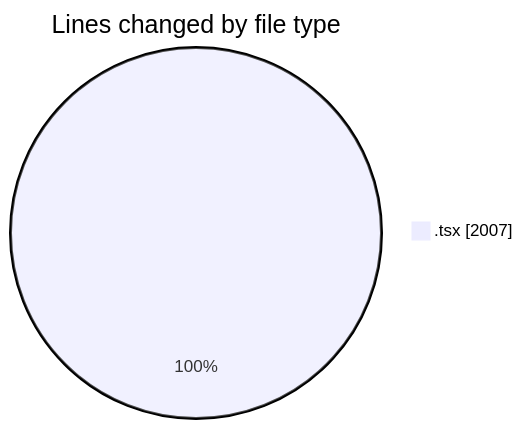
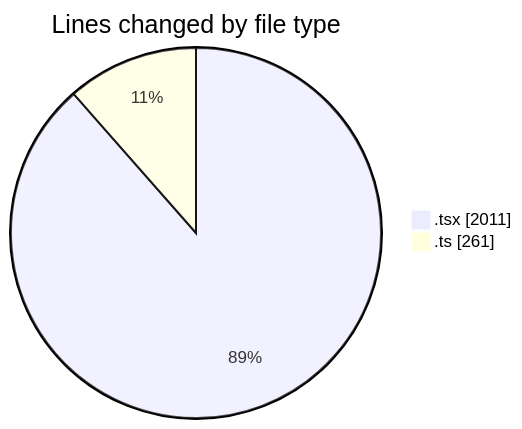
The first of 2 diagrams in 2026-05-25/nxtqube_webapp/README.md (nxtqubesakshisongat/code-tracking), drawn with Mermaid before and after one commit. The commit also changed other lines of this file and 1 other file, not shown here.

````diff
--- a/2026-05-25/nxtqube_webapp/README.md
+++ b/2026-05-25/nxtqube_webapp/README.md
@@ -21,5 +22,6 @@
 ```mermaid
 pie showData
 title Lines changed by file type
-".tsx" : 2007
+".tsx" : 2011
+".ts" : 261
 ```
````
